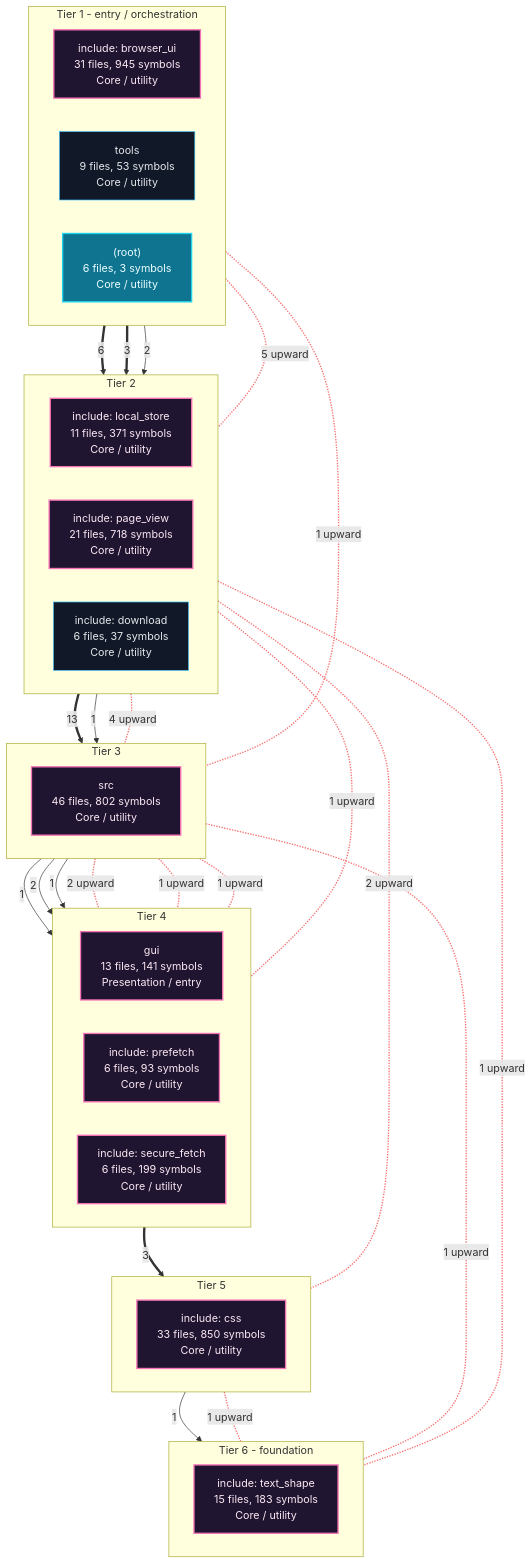
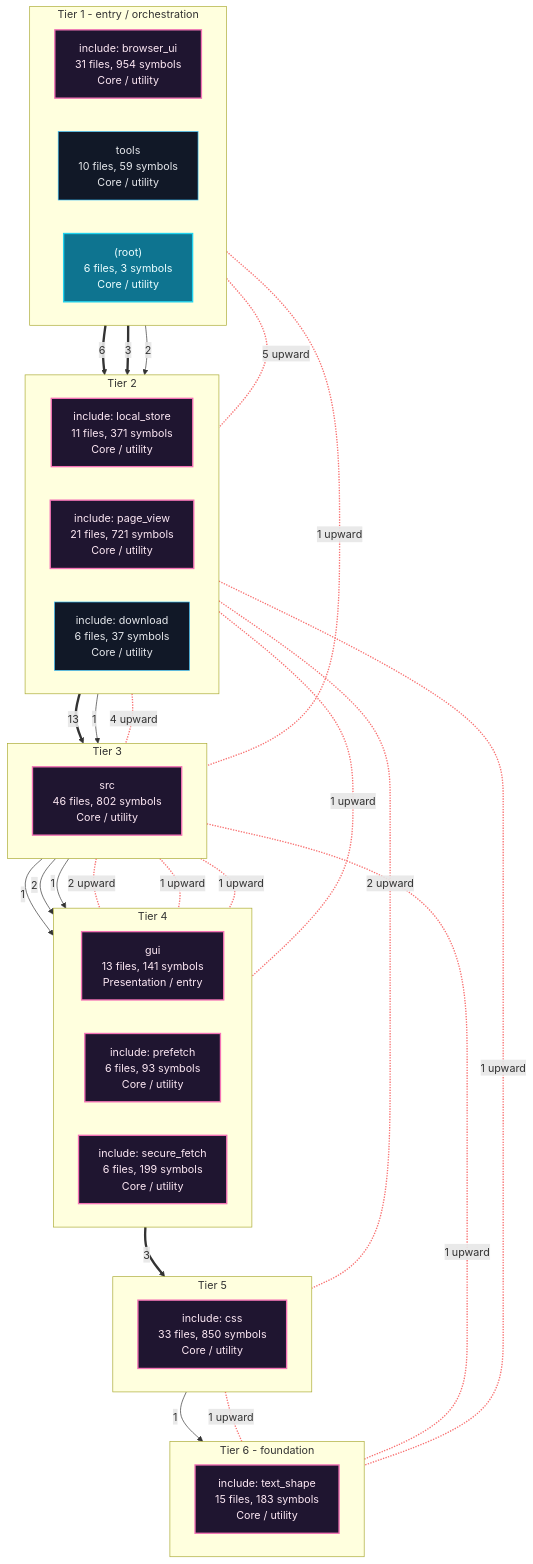
The first of 7 diagrams in readmenator-apidocs/architecture.md (grisuno/FreeDom), drawn with Mermaid before and after one commit. The commit also changed other lines of this file and 169 other files, not shown here.

````diff
--- a/readmenator-apidocs/architecture.md
+++ b/readmenator-apidocs/architecture.md
@@ -11,63 +11,63 @@
 ```mermaid
 flowchart TB
     classDef cycle fill:#1f1530,stroke:#f472b6,color:#fce7f3,stroke-width:2px;
     classDef default fill:#111827,stroke:#38bdf8,color:#e5e7eb;
     classDef entry fill:#0e7490,stroke:#22d3ee,color:#ecfeff,stroke-width:2px;
     subgraph lane_0["Tier 1 - entry / orchestration"]
         direction LR
-        n_c2["include: browser_ui<br/>31 files, 945 symbols<br/>Core / utility"]:::cycle
-        n_d_tools["tools<br/>9 files, 53 symbols<br/>Core / utility"]:::default
+        n_c2["include: browser_ui<br/>31 files, 954 symbols<br/>Core / utility"]:::cycle
+        n_d_tools["tools<br/>10 files, 59 symbols<br/>Core / utility"]:::default
         n_d__root_["(root)<br/>6 files, 3 symbols<br/>Core / utility"]:::entry
     end
     subgraph lane_1["Tier 2"]
         direction LR
         n_c5["include: local_store<br/>11 files, 371 symbols<br/>Core / utility"]:::cycle
-        n_c3["include: page_view<br/>21 files, 718 symbols<br/>Core / utility"]:::cycle
+        n_c3["include: page_view<br/>21 files, 721 symbols<br/>Core / utility"]:::cycle
         n_c8["include: download<br/>6 files, 37 symbols<br/>Core / utility"]:::default
     end
     subgraph lane_2["Tier 3"]
         direction LR
         n_c0["src<br/>46 files, 802 symbols<br/>Core / utility"]:::cycle
     end
     subgraph lane_3["Tier 4"]
         direction LR
         n_c6["gui<br/>13 files, 141 symbols<br/>Presentation / entry"]:::cycle
         n_c9["include: prefetch<br/>6 files, 93 symbols<br/>Core / utility"]:::cycle
         n_c7["include: secure_fetch<br/>6 files, 199 symbols<br/>Core / utility"]:::cycle
     end
     subgraph lane_4["Tier 5"]
         direction LR
         n_c1["include: css<br/>33 files, 850 symbols<br/>Core / utility"]:::cycle
     end
     subgraph lane_5["Tier 6 - foundation"]
         direction LR
         n_c4["include: text_shape<br/>15 files, 183 symbols<br/>Core / utility"]:::cycle
     end
     n_c0 -->|"1"| n_c6
     n_c0 -->|"2"| n_c7
     n_c0 -->|"1"| n_c9
     n_c1 -->|"1"| n_c4
     n_c2 ==>|"6"| n_c3
     n_c2 ==>|"3"| n_c5
     n_c2 -->|"2"| n_c8
     n_c3 ==>|"13"| n_c0
     n_c5 -->|"1"| n_c0
     n_c6 ==>|"3"| n_c1
     n_c2 <-.-|"1 upward"| n_c0
     n_c3 <-.-|"4 upward"| n_c0
     n_c3 <-.-|"2 upward"| n_c1
     n_c2 <-.-|"5 upward"| n_c3
     n_c0 <-.-|"1 upward"| n_c4
     n_c1 <-.-|"1 upward"| n_c4
     n_c3 <-.-|"1 upward"| n_c4
     n_c0 <-.-|"2 upward"| n_c6
     n_c3 <-.-|"1 upward"| n_c6
     n_c0 <-.-|"1 upward"| n_c7
     n_c0 <-.-|"1 upward"| n_c9
     linkStyle 10,11,12,13,14,15,16,17,18,19,20 stroke:#f87171,stroke-width:2px;
     n_c2 ~~~ n_c5
     n_c5 ~~~ n_c0
     n_c0 ~~~ n_c6
     n_c6 ~~~ n_c1
     n_c1 ~~~ n_c4
 ```
````
